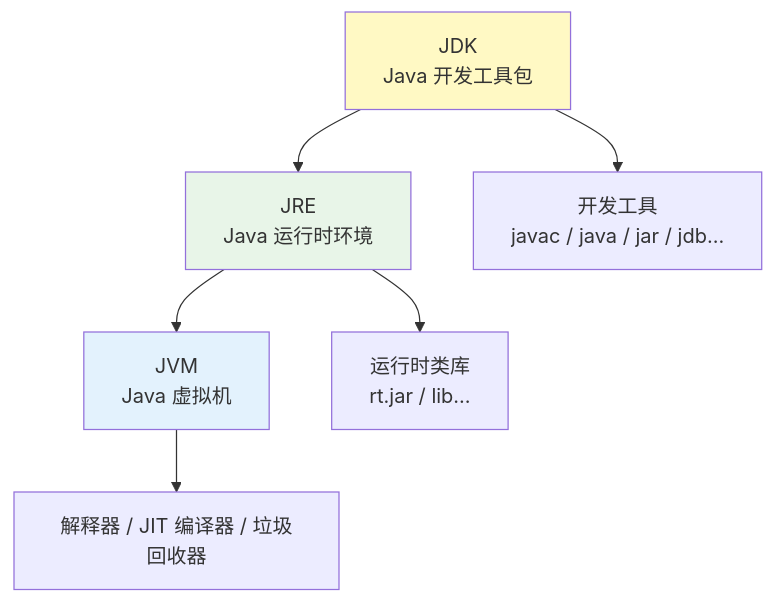
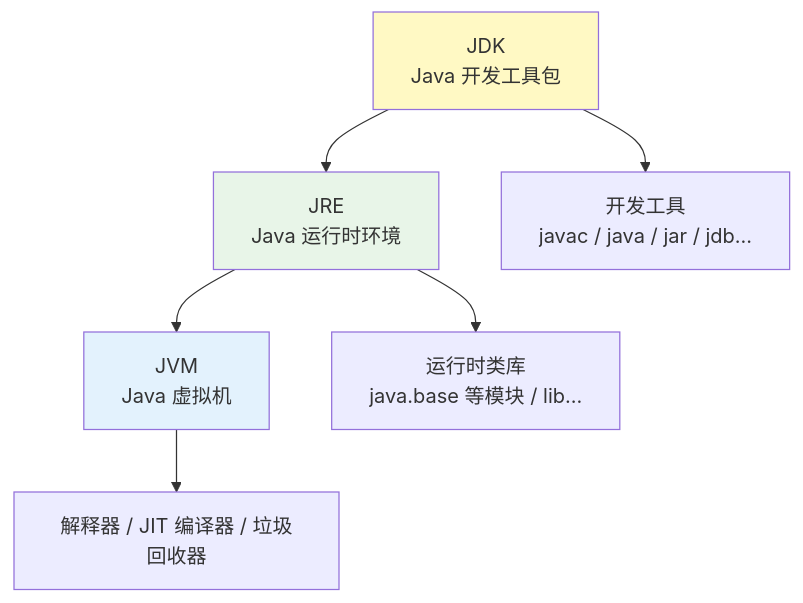
One commit to before80/prgms changed the fourth of 4 diagrams in content/Java/basic/Chapter-01-what-is-java.md. Above: the diagram before and after it, drawn with Mermaid. The commit also changed other lines of this file and 1645 other files, not shown here.

````diff
--- a/content/Java/basic/Chapter-01-what-is-java.md
+++ b/content/Java/basic/Chapter-01-what-is-java.md
@@ -652,12 +653,12 @@
 ```mermaid
 flowchart TB
     A["JDK\nJava 开发工具包"] --> B["JRE\nJava 运行时环境"]
     B --> C["JVM\nJava 虚拟机"]
     A --> D["开发工具\njavac / java / jar / jdb..."]
-    B --> E["运行时类库\nrt.jar / lib..."]
+    B --> E["运行时类库\njava.base 等模块 / lib..."]
     C --> F["解释器 / JIT 编译器 / 垃圾回收器"]
 
     style A fill:#fff9c4
     style B fill:#e8f5e8
     style C fill:#e3f2fd
 ```
````
